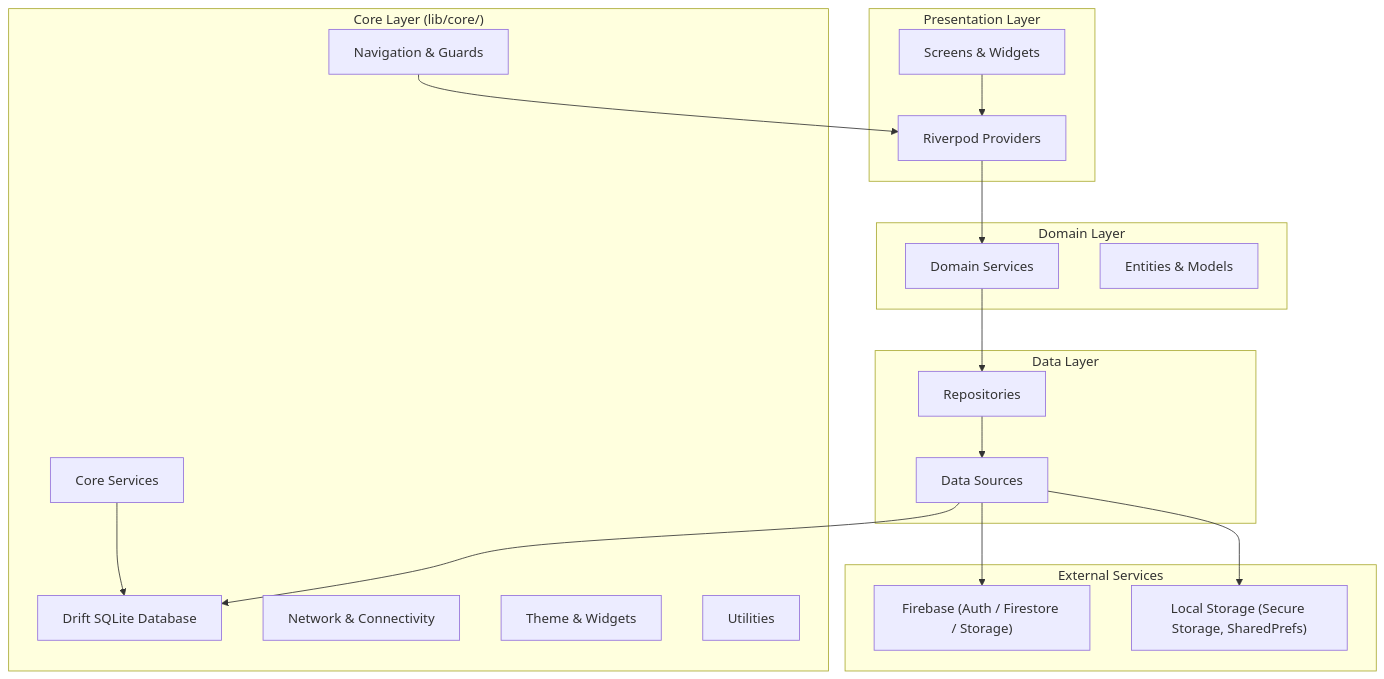
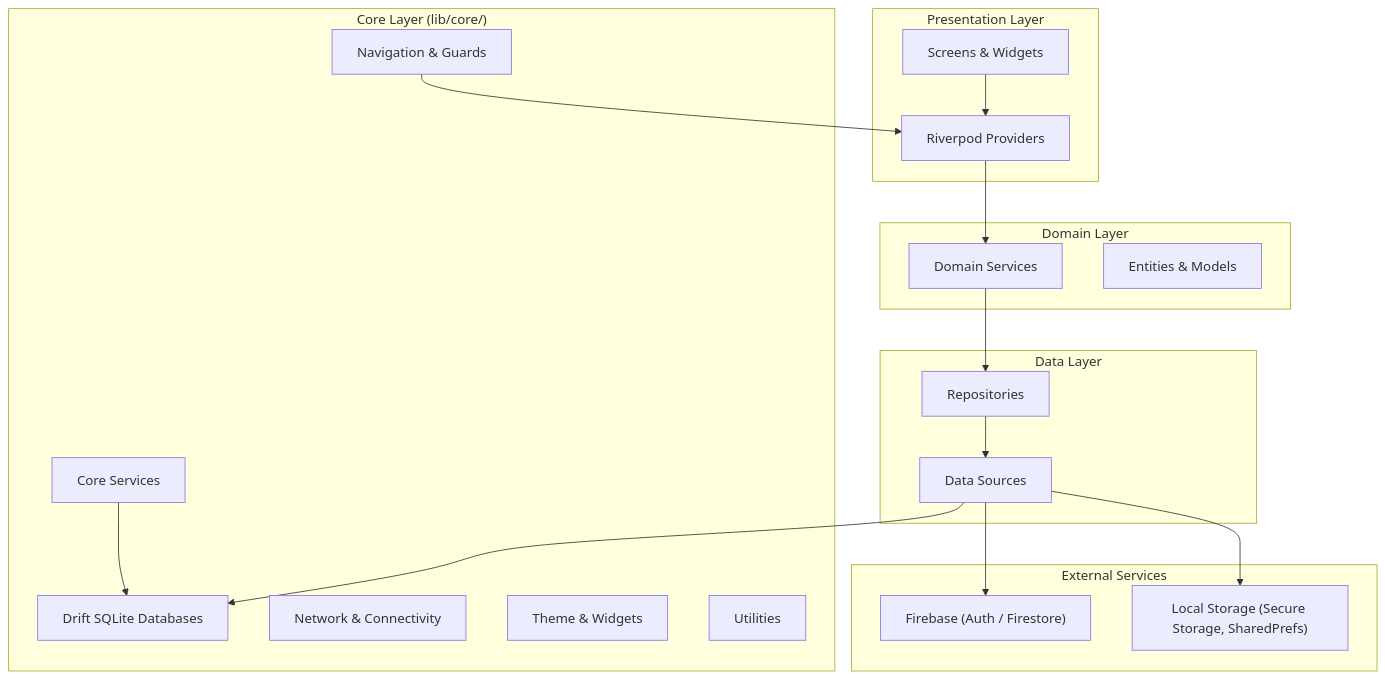
One commit to dniasoff/learning-tracker changed the first of 4 diagrams in docs/architecture.md. Above: the diagram before and after it, drawn with Mermaid. The commit also changed other lines of this file and 2 other files, not shown here.

Commit message:
docs(DNI-391): rewrite architecture.md to match rebuild reality + gen_arch_tables tool (27.15)

````diff
--- a/docs/architecture.md
+++ b/docs/architecture.md
@@ -33,41 +44,41 @@
 ```mermaid
 graph TB
     subgraph Presentation["Presentation Layer"]
         UI["Screens & Widgets"]
         Providers["Riverpod Providers"]
     end
 
     subgraph Domain["Domain Layer"]
         Services["Domain Services"]
         Entities["Entities & Models"]
     end
 
     subgraph Data["Data Layer"]
         Repos["Repositories"]
         DataSources["Data Sources"]
     end
 
     subgraph Core["Core Layer (lib/core/)"]
-        DB["Drift SQLite Database"]
+        DB["Drift SQLite Databases"]
         Nav["Navigation & Guards"]
         Net["Network & Connectivity"]
         Theme["Theme & Widgets"]
         CoreSvc["Core Services"]
         Utils["Utilities"]
     end
 
     subgraph External["External Services"]
-        Firebase["Firebase (Auth / Firestore / Storage)"]
+        Firebase["Firebase (Auth / Firestore)"]
         Local["Local Storage (Secure Storage, SharedPrefs)"]
     end
 
     UI --> Providers
     Providers --> Services
     Services --> Repos
     Repos --> DataSources
     DataSources --> DB
     DataSources --> Firebase
     DataSources --> Local
     CoreSvc --> DB
     Nav --> Providers
 ```
````
